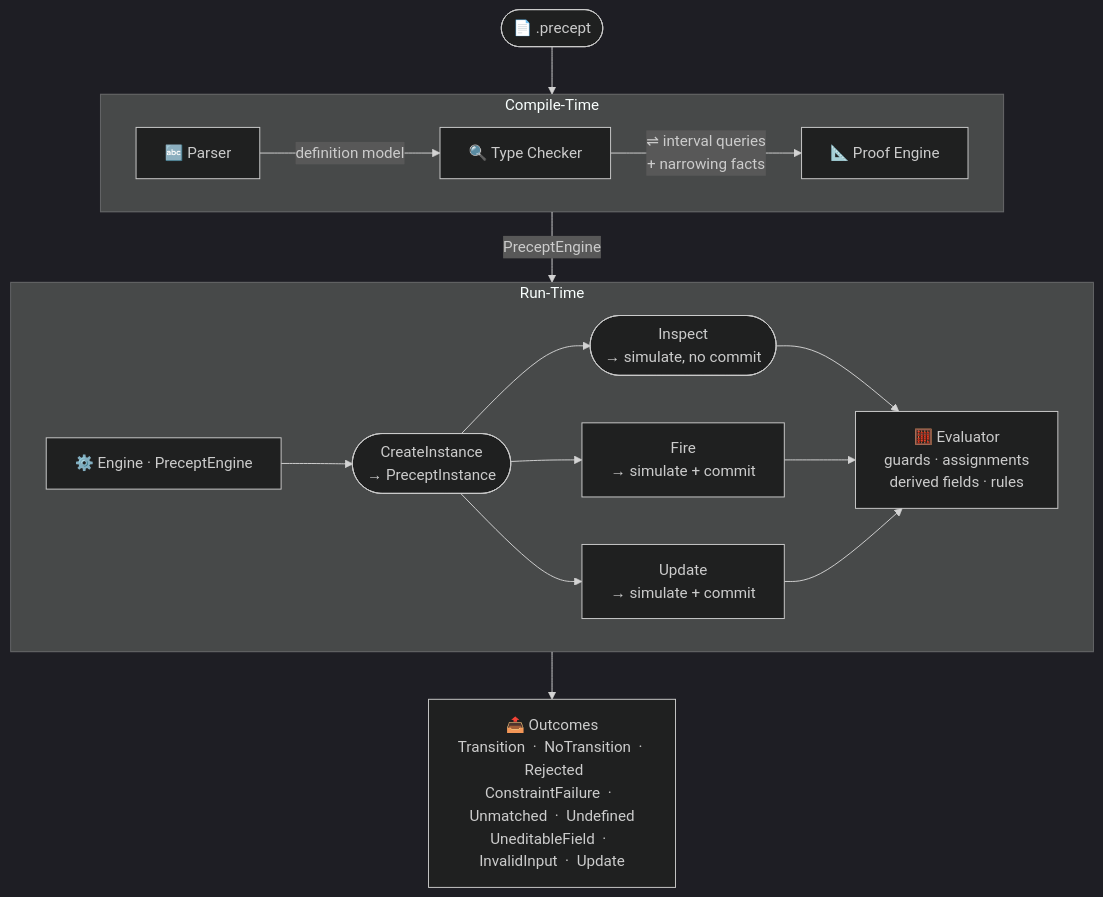
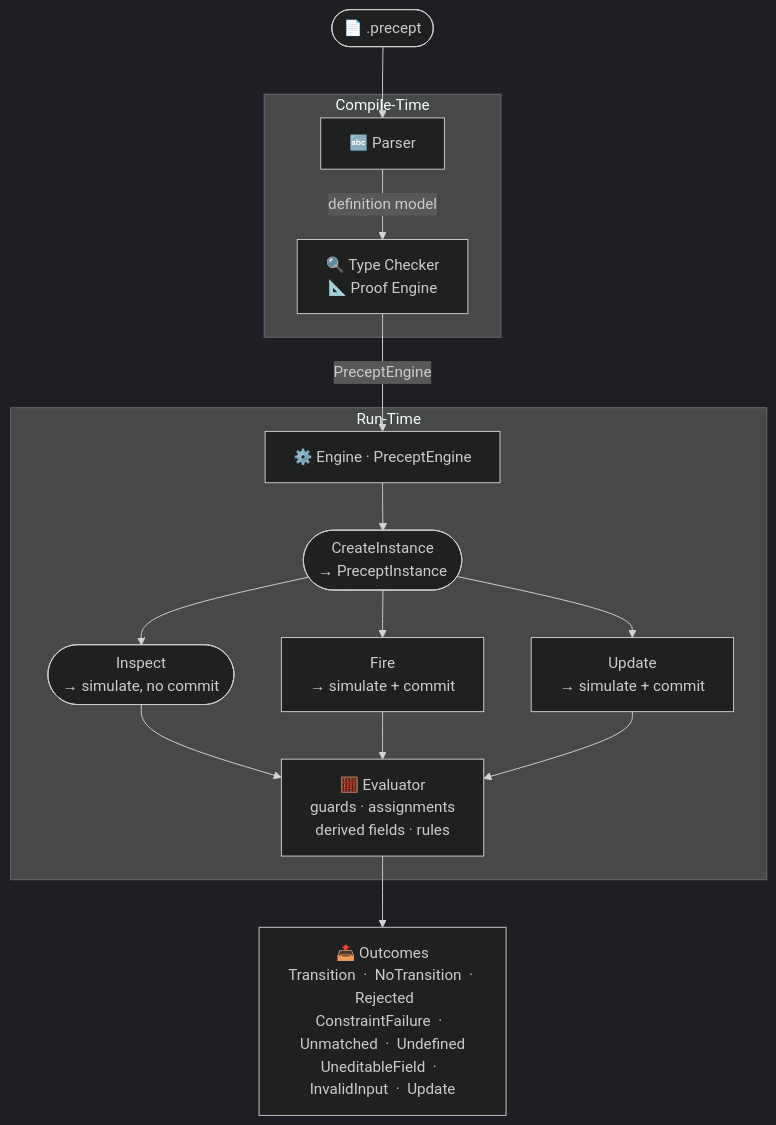
The diagram in docs/ArchitectureDesign.md (sfalik/Precept), drawn with Mermaid (dark theme) before and after one commit. The commit also changed other lines of this file, not shown here.

Commit message:
docs: merge TC+PE into single CT node to fix Mermaid layout compatibility

````diff
--- a/docs/ArchitectureDesign.md
+++ b/docs/ArchitectureDesign.md
@@ -21,33 +21,30 @@
 ```mermaid
 flowchart TD
     src(["📄 .precept"])
 
     subgraph CT["Compile-Time"]
-        direction LR
-        P["🔤 Parser"] -->|definition model| TC["🔍 Type Checker"]
-        TC -->|"⇌ interval queries\n+ narrowing facts"| PE["📐 Proof Engine"]
+        P["🔤 Parser"] -->|definition model| TC["🔍 Type Checker\n📐 Proof Engine"]
     end
 
     subgraph RT["Run-Time"]
-        direction LR
         ENG["⚙️ Engine  ·  PreceptEngine"]
         I1(["CreateInstance\n→ PreceptInstance"])
         I2(["Inspect\n→ simulate, no commit"])
         FIRE["Fire\n→ simulate + commit"]
         UPD["Update\n→ simulate + commit"]
         EVAL["🧮 Evaluator\nguards · assignments\nderived fields · rules"]
         ENG --> I1
         I1 --> I2
         I1 --> FIRE
         I1 --> UPD
         I2 --> EVAL
         FIRE --> EVAL
         UPD --> EVAL
     end
 
     OUT["📤 Outcomes\nTransition  ·  NoTransition  ·  Rejected\nConstraintFailure  ·  Unmatched  ·  Undefined\nUneditableField  ·  InvalidInput  ·  Update"]
 
     src --> P
     TC -->|PreceptEngine| ENG
     EVAL --> OUT
 ```
````
